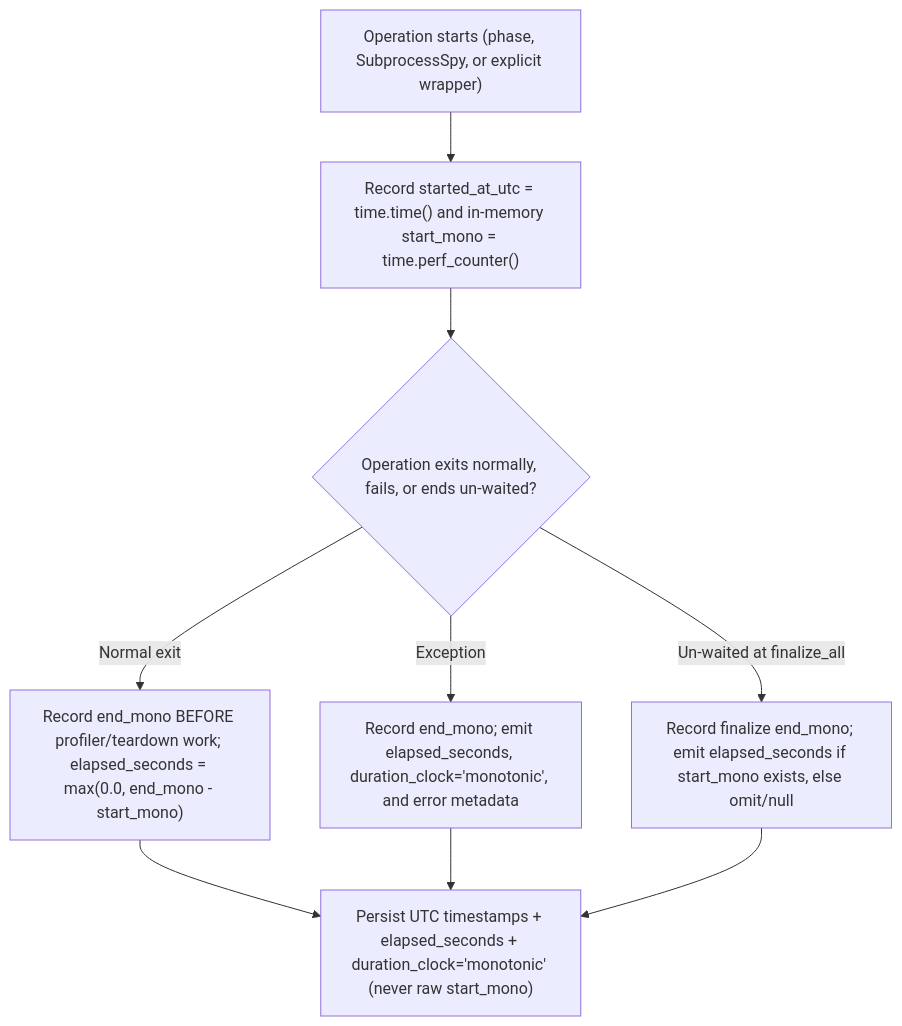
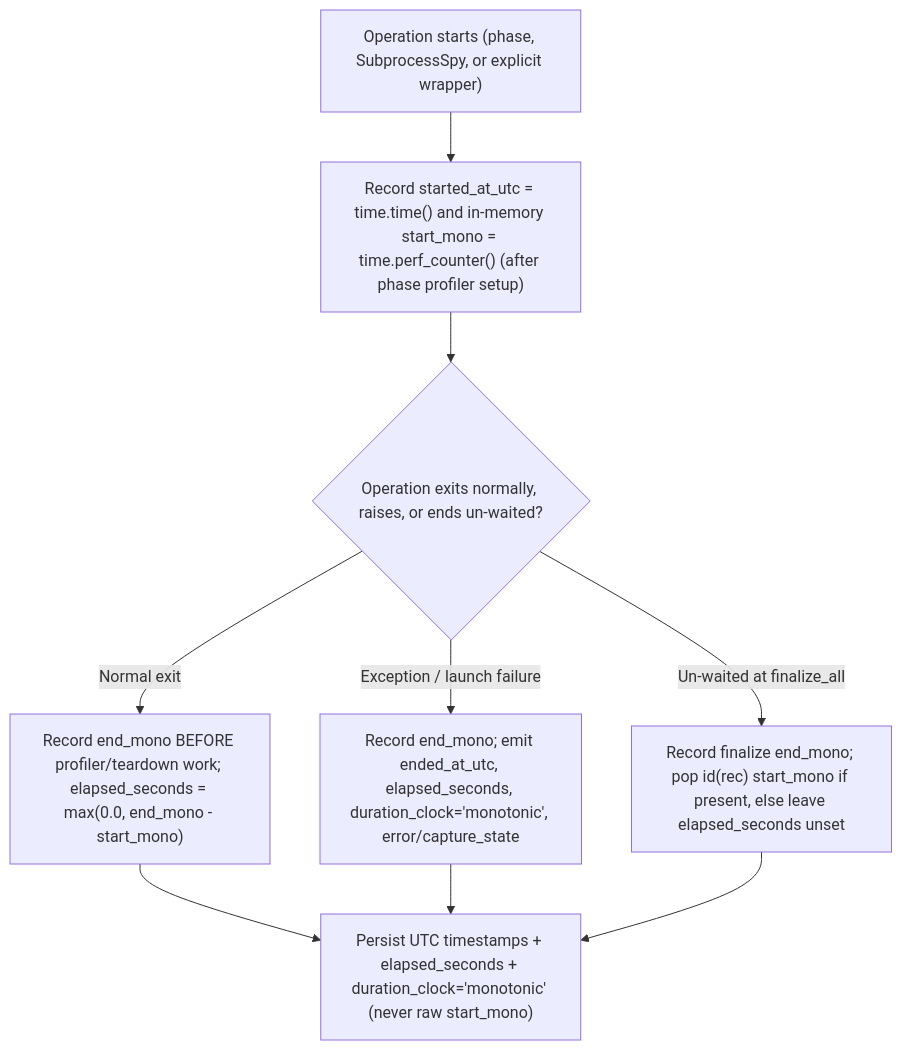
The diagram in .aw/records/plans/pending/20261121-timing-acc-02-8co0wy-monotonic-phase-subprocess-and-resource-timing.ipd.md (fariello/pubrun), drawn with Mermaid before and after one commit. The commit also changed other lines of this file and 1 other file, not shown here.

````diff
--- a/.aw/records/plans/pending/20261121-timing-acc-02-8co0wy-monotonic-phase-subprocess-and-resource-timing.ipd.md
+++ b/.aw/records/plans/pending/20261121-timing-acc-02-8co0wy-monotonic-phase-subprocess-and-resource-timing.ipd.md
@@ -36,11 +39,11 @@
 ```mermaid
 flowchart TD
-    A["Operation starts (phase, SubprocessSpy, or explicit wrapper)"] --> B["Record started_at_utc = time.time() and in-memory start_mono = time.perf_counter()"]
-    B --> C{"Operation exits normally, fails, or ends un-waited?"}
+    A["Operation starts (phase, SubprocessSpy, or explicit wrapper)"] --> B["Record started_at_utc = time.time() and in-memory start_mono = time.perf_counter() (after phase profiler setup)"]
+    B --> C{"Operation exits normally, raises, or ends un-waited?"}
     C -->|Normal exit| D["Record end_mono BEFORE profiler/teardown work; elapsed_seconds = max(0.0, end_mono - start_mono)"]
-    C -->|Exception| E["Record end_mono; emit elapsed_seconds, duration_clock='monotonic', and error metadata"]
-    C -->|Un-waited at finalize_all| F["Record finalize end_mono; emit elapsed_seconds if start_mono exists, else omit/null"]
+    C -->|Exception / launch failure| E["Record end_mono; emit ended_at_utc, elapsed_seconds, duration_clock='monotonic', error/capture_state"]
+    C -->|Un-waited at finalize_all| F["Record finalize end_mono; pop id(rec) start_mono if present, else leave elapsed_seconds unset"]
     D --> G["Persist UTC timestamps + elapsed_seconds + duration_clock='monotonic' (never raw start_mono)"]
     E --> G
     F --> G
 ```
````
